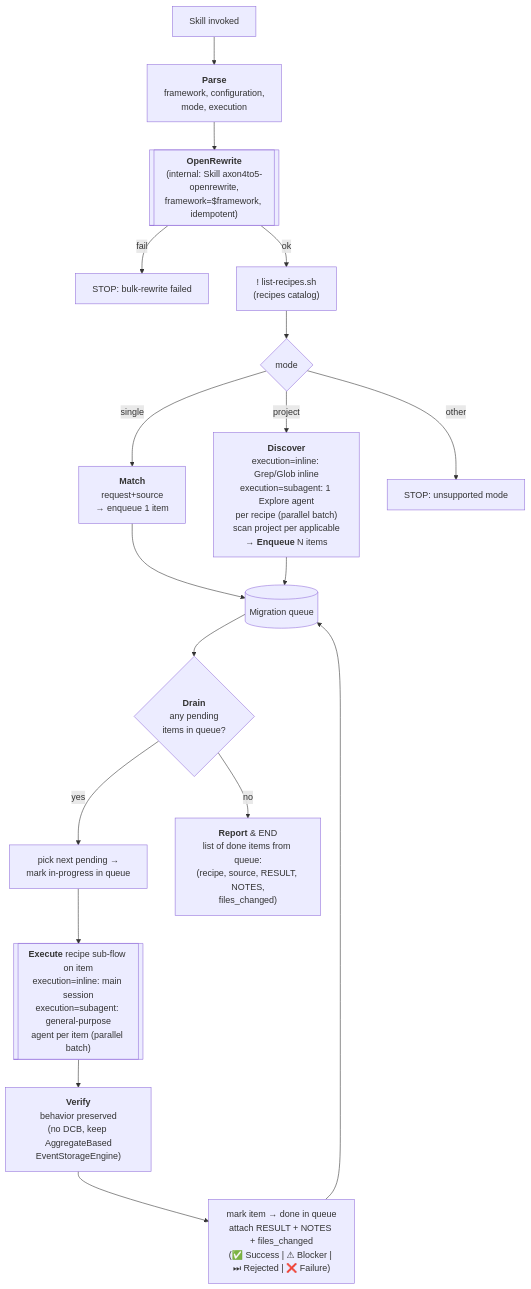
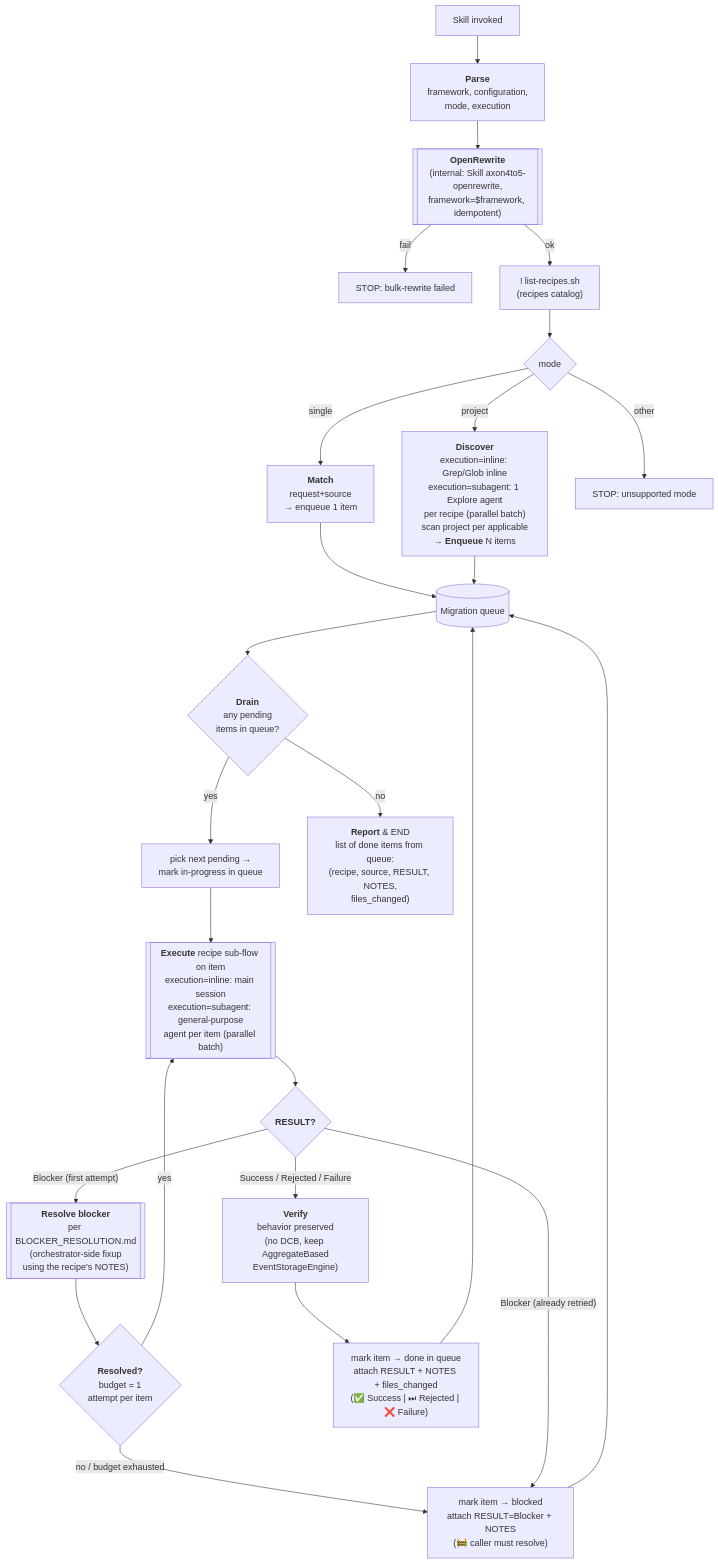
Before and after one commit to AxonIQ/agent-skills: the diagram in skills/axon4to5-migrate/SKILL.md, drawn with Mermaid. The commit also changed other lines of this file and 3 other files, not shown here.

First line of the commit message:
skills(axon4to5-migrate): introduce `BLOCKER_RESOLUTION.md` and refine blocker handling in flow

````diff
--- a/skills/axon4to5-migrate/SKILL.md
+++ b/skills/axon4to5-migrate/SKILL.md
@@ -121,22 +121,29 @@
 ```mermaid
 flowchart TD
     A[Skill invoked] --> PARSE["<b>Parse</b><br/>framework, configuration,<br/>mode, execution"]
     PARSE --> ORW[["<b>OpenRewrite</b><br/>(internal: Skill axon4to5-openrewrite,<br/>framework=$framework, idempotent)"]]
     ORW -- fail --> XORW[STOP: bulk-rewrite failed]
     ORW -- ok --> B["! list-recipes.sh<br/>(recipes catalog)"]
     B --> C{mode}
 %% mode-specific producers — all feed the same queue
     C -- single --> P1["<b>Match</b><br/>request+source<br/>→ enqueue 1 item"]
     C -- project --> P2["<b>Discover</b><br/>execution=inline: Grep/Glob inline<br/>execution=subagent: 1 Explore agent<br/>per recipe (parallel batch)<br/>scan project per applicable<br/>→ <b>Enqueue</b> N items"]
     C -- other --> X[STOP: unsupported mode]
     P1 --> Q[(Migration queue)]
     P2 --> Q
 %% shared processing loop — items stay in the queue, state transitions write back to it
     Q --> L{<b>Drain</b><br/>any pending<br/>items in queue?}
     L -- yes --> INP["pick next pending →<br/>mark in-progress in queue"]
     INP --> W[["<b>Execute</b> recipe sub-flow on item<br/>execution=inline: main session<br/>execution=subagent: general-purpose<br/>agent per item (parallel batch)"]]
-    W --> VER["<b>Verify</b><br/>behavior preserved<br/>(no DCB, keep AggregateBased<br/>EventStorageEngine)"]
-    VER --> DONE["mark item → done in queue<br/>attach RESULT + NOTES + files_changed<br/>(✅ Success | ⚠ Blocker | ⏭ Rejected | ❌ Failure)"]
+    W --> R{<b>RESULT?</b>}
+    R -- "Blocker (first attempt)" --> BR[["<b>Resolve blocker</b><br/>per BLOCKER_RESOLUTION.md<br/>(orchestrator-side fixup<br/>using the recipe's NOTES)"]]
+    BR --> BRQ{<b>Resolved?</b><br/>budget = 1<br/>attempt per item}
+    BRQ -- yes --> W
+    BRQ -- "no / budget exhausted" --> BLK["mark item → blocked<br/>attach RESULT=Blocker + NOTES<br/>(🚧 caller must resolve)"]
+    R -- "Blocker (already retried)" --> BLK
+    R -- "Success / Rejected / Failure" --> VER["<b>Verify</b><br/>behavior preserved<br/>(no DCB, keep AggregateBased<br/>EventStorageEngine)"]
+    VER --> DONE["mark item → done in queue<br/>attach RESULT + NOTES + files_changed<br/>(✅ Success | ⏭ Rejected | ❌ Failure)"]
     DONE --> Q
+    BLK --> Q
     L -- no --> RPT["<b>Report</b> &amp; END<br/>list of done items from queue:<br/>(recipe, source, RESULT, NOTES,<br/>files_changed)"]
 ```
````
